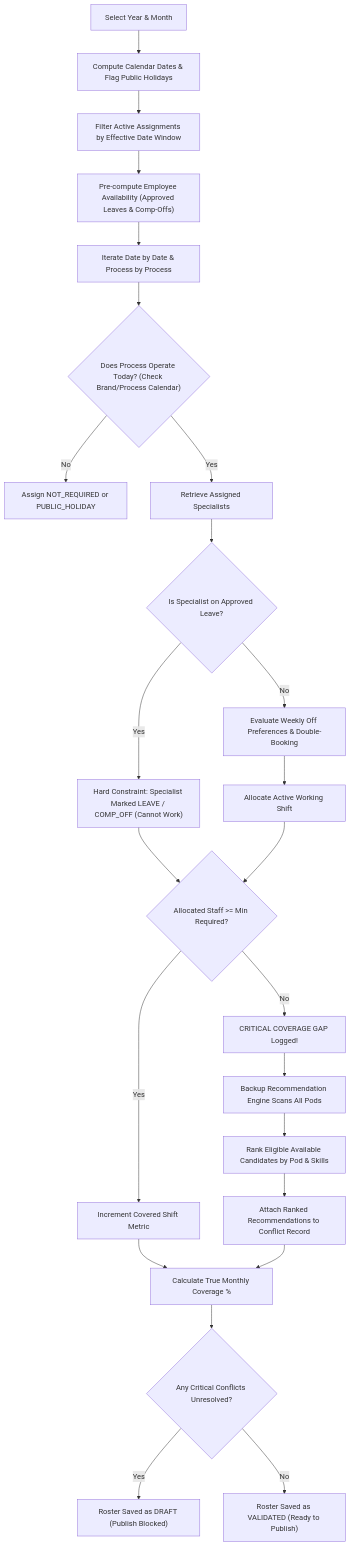
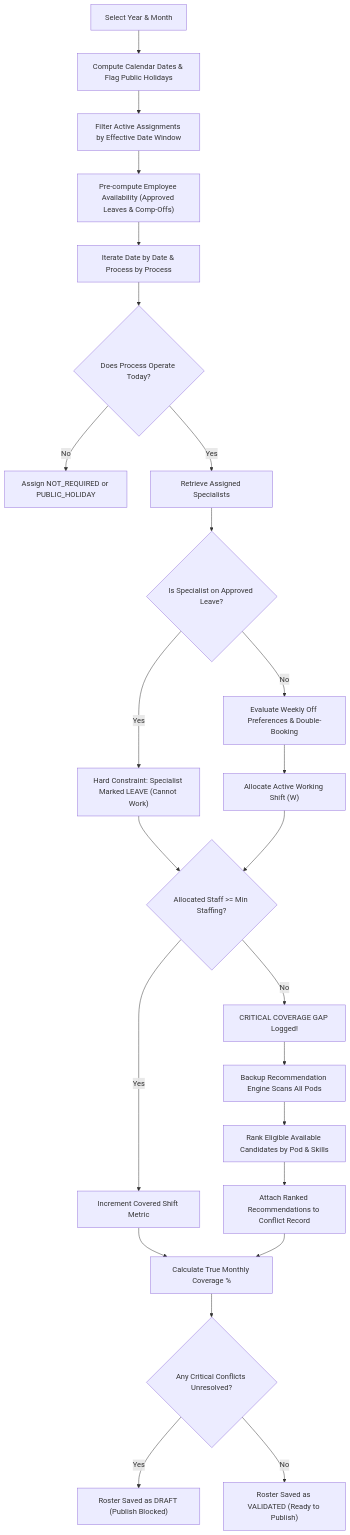
One commit to krishna2650/smart-roster-management-system changed the second of 2 diagrams in README.md. Above: the diagram before and after it, drawn with Mermaid. The commit also changed other lines of this file and 1 other file, not shown here.

````diff
--- a/README.md
+++ b/README.md
@@ -72,26 +124,26 @@
 ```mermaid
 flowchart TD
     A["Select Year & Month"] --> B["Compute Calendar Dates & Flag Public Holidays"]
     B --> C["Filter Active Assignments by Effective Date Window"]
     C --> D["Pre-compute Employee Availability (Approved Leaves & Comp-Offs)"]
     D --> E["Iterate Date by Date & Process by Process"]
-    E --> F{"Does Process Operate Today? (Check Brand/Process Calendar)"}
+    E --> F{"Does Process Operate Today?"}
     F -- No --> G["Assign NOT_REQUIRED or PUBLIC_HOLIDAY"]
     F -- Yes --> H["Retrieve Assigned Specialists"]
     H --> I{"Is Specialist on Approved Leave?"}
-    I -- Yes --> J["Hard Constraint: Specialist Marked LEAVE / COMP_OFF (Cannot Work)"]
+    I -- Yes --> J["Hard Constraint: Specialist Marked LEAVE (Cannot Work)"]
     I -- No --> K["Evaluate Weekly Off Preferences & Double-Booking"]
-    K --> L["Allocate Active Working Shift"]
-    J --> M{"Allocated Staff >= Min Required?"}
+    K --> L["Allocate Active Working Shift (W)"]
+    J --> M{"Allocated Staff >= Min Staffing?"}
     L --> M
     M -- Yes --> N["Increment Covered Shift Metric"]
     M -- No --> O["CRITICAL COVERAGE GAP Logged!"]
     O --> P["Backup Recommendation Engine Scans All Pods"]
     P --> Q["Rank Eligible Available Candidates by Pod & Skills"]
     Q --> R["Attach Ranked Recommendations to Conflict Record"]
     N --> S["Calculate True Monthly Coverage %"]
     R --> S
     S --> T{"Any Critical Conflicts Unresolved?"}
     T -- Yes --> U["Roster Saved as DRAFT (Publish Blocked)"]
     T -- No --> V["Roster Saved as VALIDATED (Ready to Publish)"]
 ```
````
